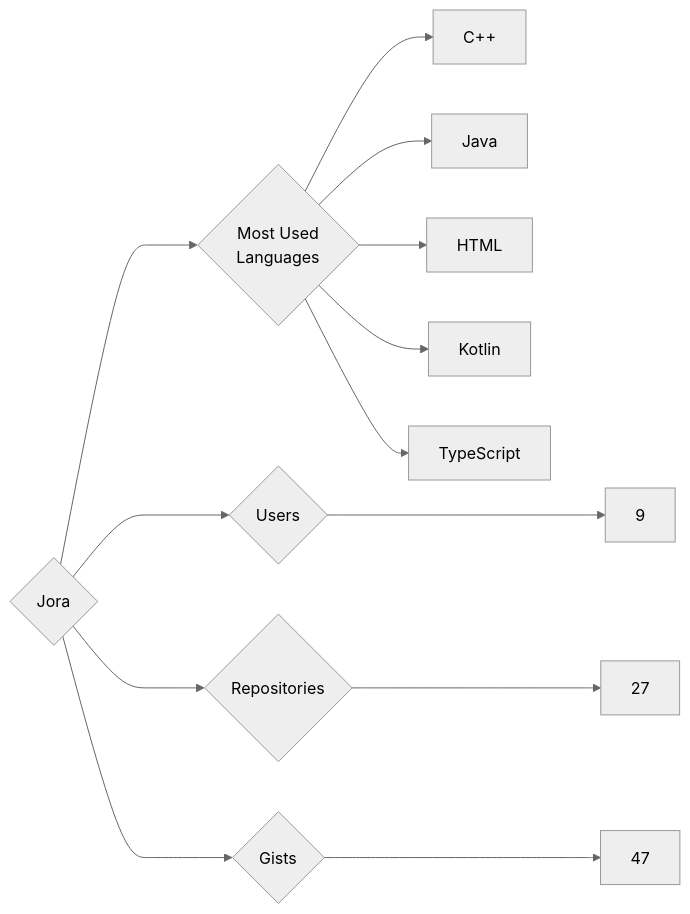
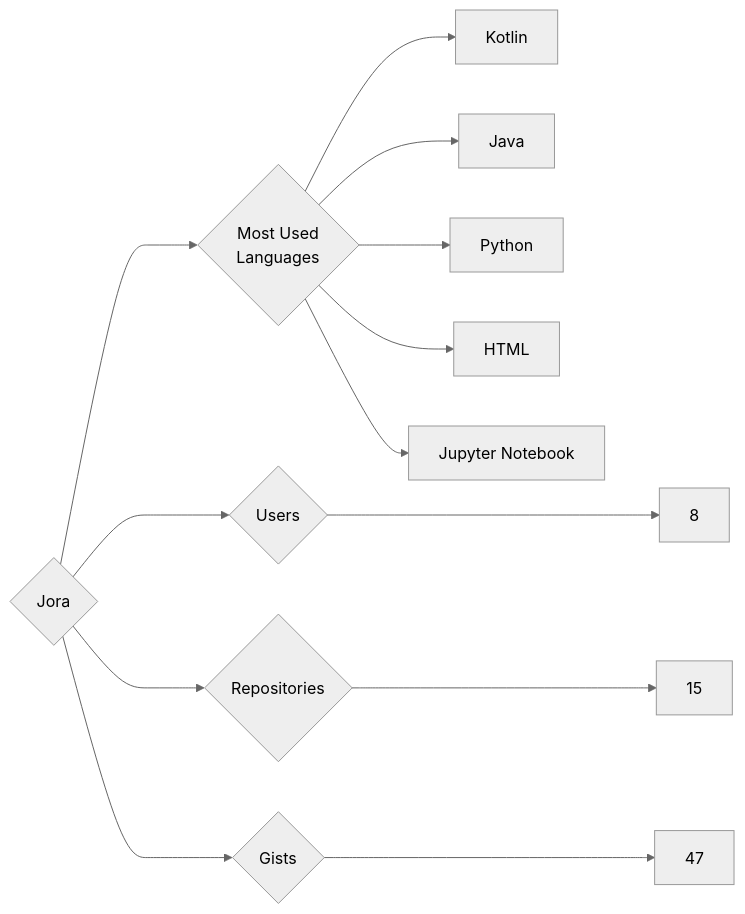
The diagram in targets/Jora/README.md (trickest/insiders), drawn with Mermaid (neutral theme) before and after one commit. The commit also changed 823 other files, not shown here.

````diff
--- a/targets/Jora/README.md
+++ b/targets/Jora/README.md
@@ -3,13 +3,13 @@
 ```mermaid
 graph LR
 COMPANY_NAME{Jora}
-COMPANY_NAME ---> U{Users} ---> UN[9]
-COMPANY_NAME ---> R{Repositories} ---> RN[27]
+COMPANY_NAME ---> U{Users} ---> UN[8]
+COMPANY_NAME ---> R{Repositories} ---> RN[15]
 COMPANY_NAME ---> G{Gists} ---> GN[47]
 COMPANY_NAME ---> ML{Most Used<br>Languages}
-ML --> C++[C++]
+ML --> Kotlin[Kotlin]
 ML --> Java[Java]
+ML --> Python[Python]
 ML --> HTML[HTML]
-ML --> Kotlin[Kotlin]
-ML --> TypeScript[TypeScript]
+ML --> Jupyter_Notebook[Jupyter Notebook]
 ```
````
